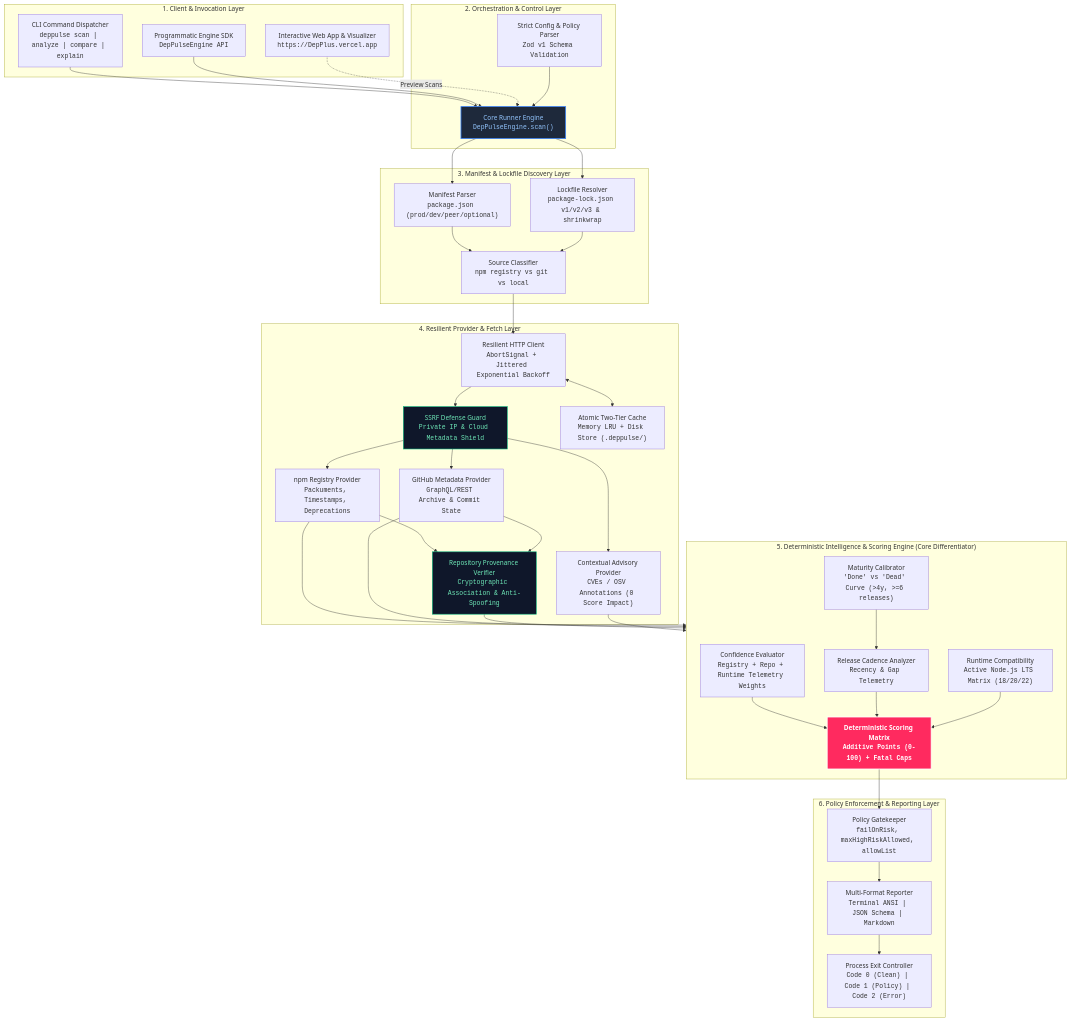
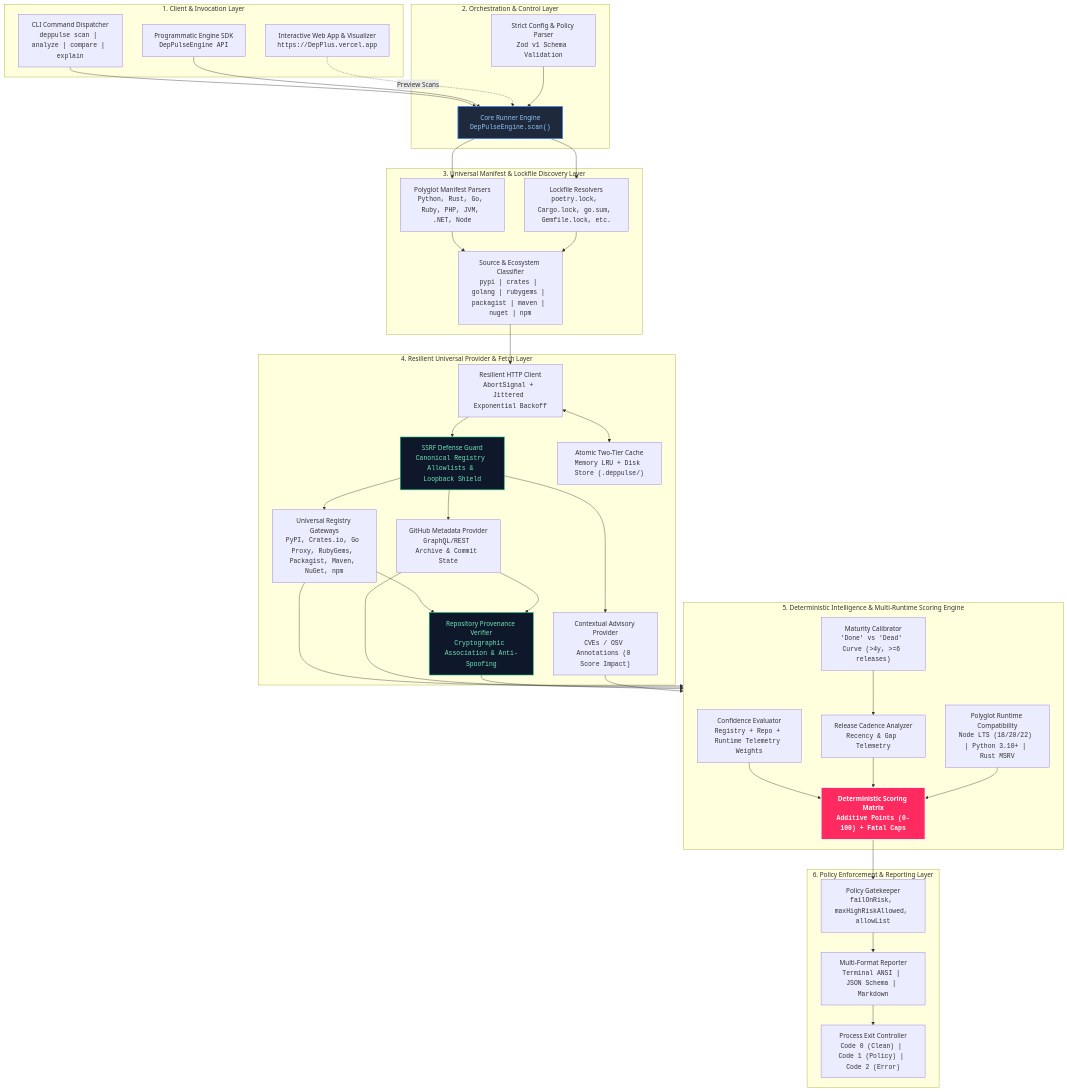
Before and after one commit to arnnnnaaavvvvv/DepPluse: the first of 5 diagrams in README.md, drawn with Mermaid. The commit also changed other lines of this file and 26 other files, not shown here.

Commit message:
feat: universal multi-language ecosystem support (Python, Rust, Go, Ruby, PHP, JVM, .NET) v0.2.0

```diff
--- a/README.md
+++ b/README.md
@@ -287,27 +340,27 @@
         CFG["Strict Config & Policy Parser<br/><code>Zod v1 Schema Validation</code>"]
     end
 
-    subgraph DiscoveryLayer["3. Manifest & Lockfile Discovery Layer"]
-        MAN["Manifest Parser<br/><code>package.json (prod/dev/peer/optional)</code>"]
-        LOCK["Lockfile Resolver<br/><code>package-lock.json v1/v2/v3 & shrinkwrap</code>"]
-        SRC["Source Classifier<br/><code>npm registry vs git vs local</code>"]
+    subgraph DiscoveryLayer["3. Universal Manifest & Lockfile Discovery Layer"]
+        MAN["Polyglot Manifest Parsers<br/><code>Python, Rust, Go, Ruby, PHP, JVM, .NET, Node</code>"]
+        LOCK["Lockfile Resolvers<br/><code>poetry.lock, Cargo.lock, go.sum, Gemfile.lock, etc.</code>"]
+        SRC["Source & Ecosystem Classifier<br/><code>pypi | crates | golang | rubygems | packagist | maven | nuget | npm</code>"]
     end
 
-    subgraph NetworkLayer["4. Resilient Provider & Fetch Layer"]
+    subgraph NetworkLayer["4. Resilient Universal Provider & Fetch Layer"]
         HTTP["Resilient HTTP Client<br/><code>AbortSignal + Jittered Exponential Backoff</code>"]
-        SSRF["SSRF Defense Guard<br/><code>Private IP & Cloud Metadata Shield</code>"]
+        SSRF["SSRF Defense Guard<br/><code>Canonical Registry Allowlists & Loopback Shield</code>"]
         CACHE["Atomic Two-Tier Cache<br/><code>Memory LRU + Disk Store (.deppulse/)</code>"]
-        NPM["npm Registry Provider<br/><code>Packuments, Timestamps, Deprecations</code>"]
+        REG["Universal Registry Gateways<br/><code>PyPI, Crates.io, Go Proxy, RubyGems, Packagist, Maven, NuGet, npm</code>"]
         GH["GitHub Metadata Provider<br/><code>GraphQL/REST Archive & Commit State</code>"]
         VERIF["Repository Provenance Verifier<br/><code>Cryptographic Association & Anti-Spoofing</code>"]
         ADV["Contextual Advisory Provider<br/><code>CVEs / OSV Annotations (0 Score Impact)</code>"]
     end
 
-    subgraph ScoringCore["5. Deterministic Intelligence & Scoring Engine (Core Differentiator)"]
+    subgraph ScoringCore["5. Deterministic Intelligence & Multi-Runtime Scoring Engine"]
         CONF["Confidence Evaluator<br/><code>Registry + Repo + Runtime Telemetry Weights</code>"]
         MAT["Maturity Calibrator<br/><code>'Done' vs 'Dead' Curve (>4y, >=6 releases)</code>"]
         CAD["Release Cadence Analyzer<br/><code>Recency & Gap Telemetry</code>"]
-        COMP["Runtime Compatibility<br/><code>Active Node.js LTS Matrix (18/20/22)</code>"]
+        COMP["Polyglot Runtime Compatibility<br/><code>Node LTS (18/20/22) | Python 3.10+ | Rust MSRV</code>"]
         SCORE["Deterministic Scoring Matrix<br/><code>Additive Points (0-100) + Fatal Caps</code>"]
     end
 
@@ -330,13 +383,13 @@
     SRC --> HTTP
     HTTP --> SSRF
     HTTP <--> CACHE
-    SSRF --> NPM
+    SSRF --> REG
     SSRF --> GH
     SSRF --> ADV
-    NPM --> VERIF
+    REG --> VERIF
     GH --> VERIF
 
-    NPM --> ScoringCore
+    REG --> ScoringCore
     GH --> ScoringCore
     VERIF --> ScoringCore
     ADV --> ScoringCore
```
